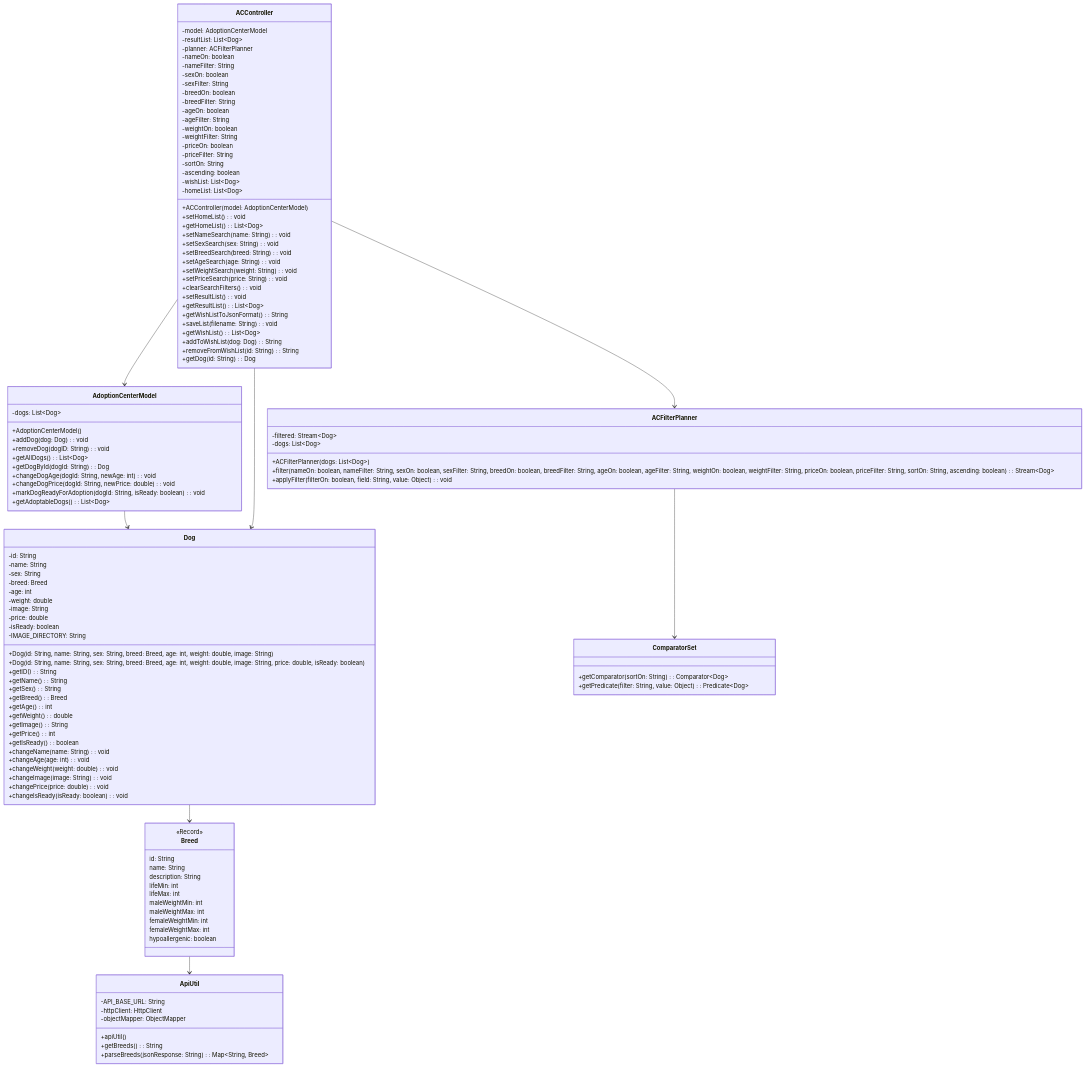
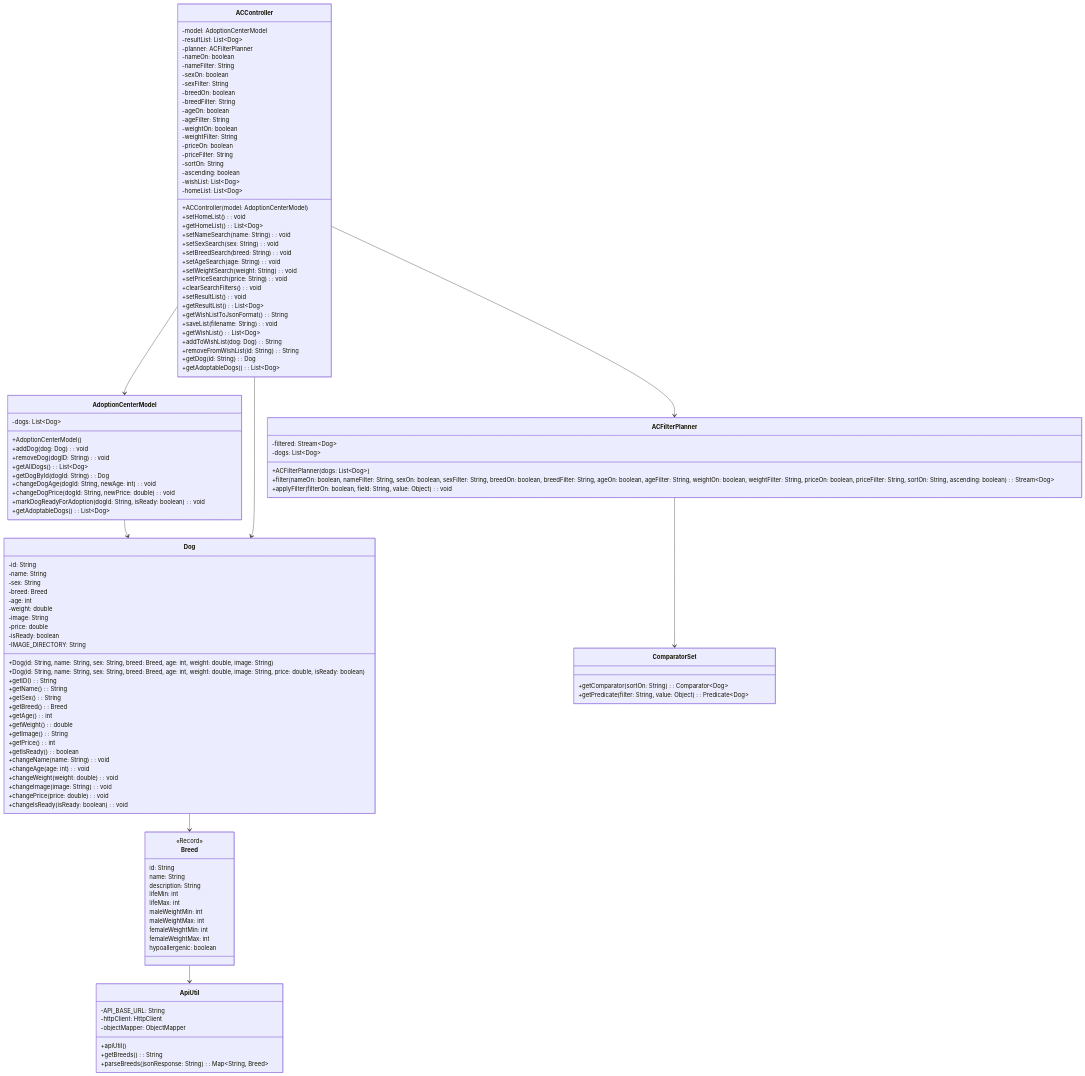
One commit to Su24-CS5004-Online-Lionelle/final-project-group-1 changed the diagram in DesignDocuments/FinalDesign.md. Above: the diagram before and after it, drawn with Mermaid.

```diff
--- a/DesignDocuments/FinalDesign.md
+++ b/DesignDocuments/FinalDesign.md
@@ -113,6 +113,7 @@
     +addToWishList(dog: Dog): String
     +removeFromWishList(id: String): String
     +getDog(id: String): Dog
+    +getAdoptableDogs(): List~Dog~
 }
 Breed --> ApiUtil
 Dog --> Breed
```
